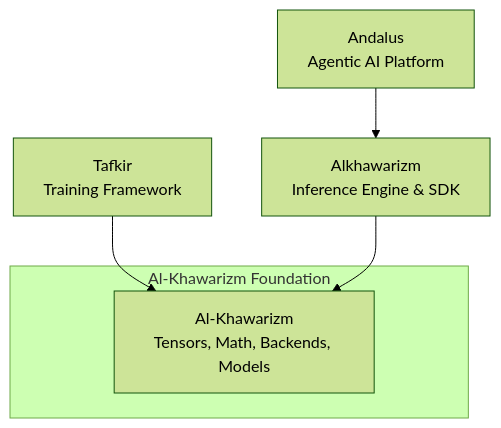
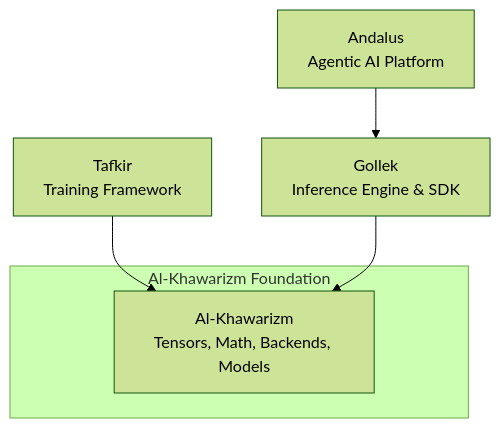
The first of 2 diagrams in README.md (bhangun/alkhawarizm), drawn with Mermaid (forest theme) before and after one commit.

````diff
--- a/README.md
+++ b/README.md
@@ -15,10 +15,10 @@
 ```mermaid
 graph TD
     W[Andalus<br>Agentic AI Platform] --> G
     T[Tafkir<br>Training Framework] --> A
-    G[Alkhawarizm<br>Inference Engine & SDK] --> A
+    G[Gollek<br>Inference Engine & SDK] --> A
     
     subgraph Al-Khawarizm Foundation
     A[Al-Khawarizm<br>Tensors, Math, Backends, Models]
     end
 ```
````
